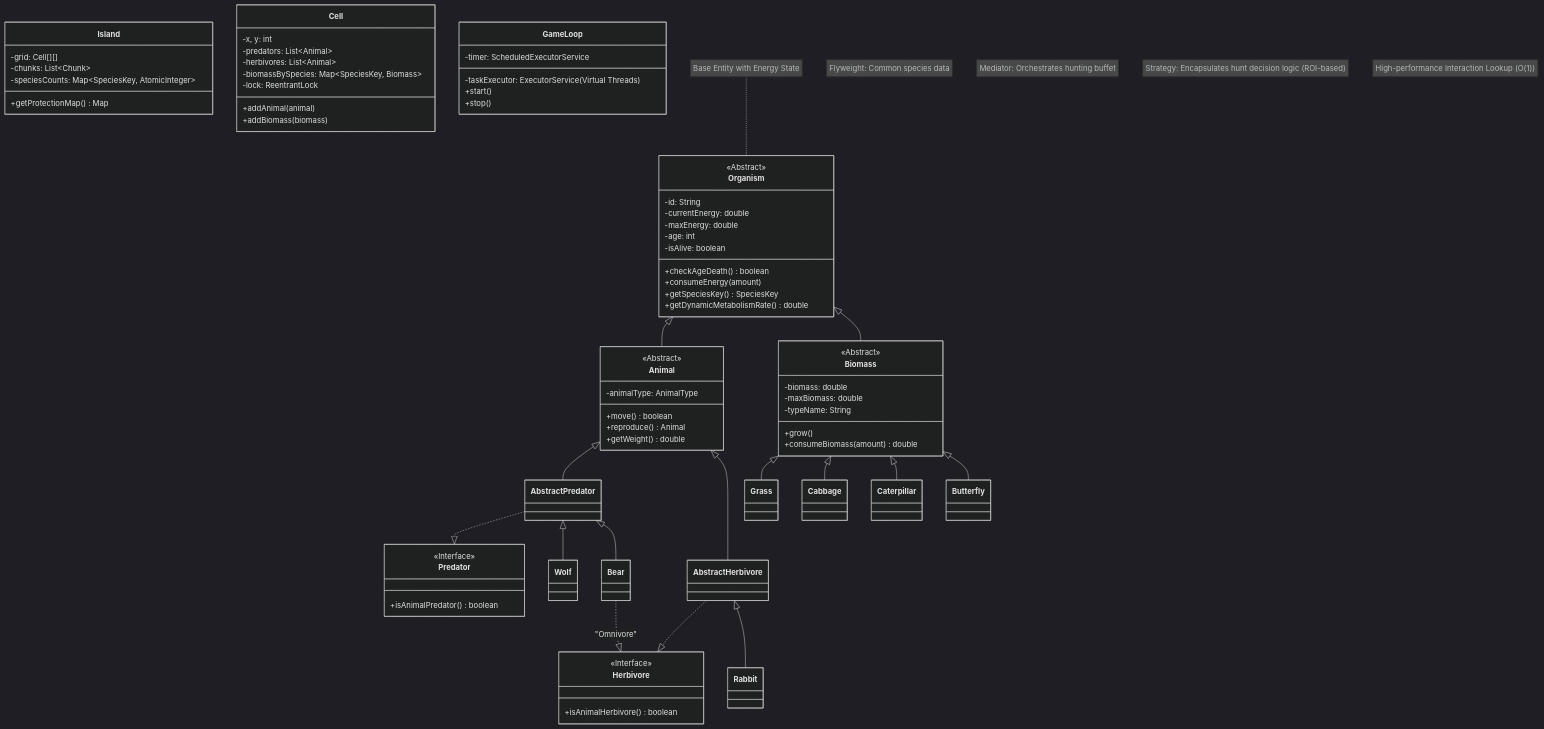
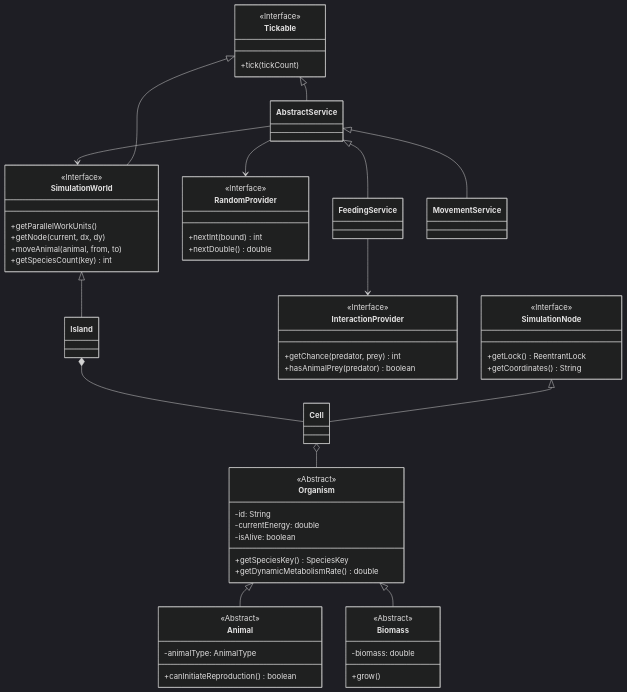
Before and after one commit to ursusandwolf/alex.kov.island: the diagram in UML.md, drawn with Mermaid (dark theme). The commit also changed other lines of this file and 17 other files, not shown here.

First line of the commit message:
refactor: implement modular Engine-First architecture and decoupling

````diff
--- a/UML.md
+++ b/UML.md
@@ -5,15 +5,43 @@
 ```mermaid
 classDiagram
-    %% Core Abstractions
+    %% Core Engine Interfaces
+    class Tickable {
+        <<Interface>>
+        +tick(tickCount)
+    }
+
+    class SimulationWorld {
+        <<Interface>>
+        +getParallelWorkUnits()
+        +getNode(current, dx, dy)
+        +moveAnimal(animal, from, to)
+        +getSpeciesCount(key) int
+    }
+
+    class SimulationNode {
+        <<Interface>>
+        +getLock() ReentrantLock
+        +getCoordinates() String
+    }
+
+    class InteractionProvider {
+        <<Interface>>
+        +getChance(predator, prey) int
+        +hasAnimalPrey(predator) boolean
+    }
+
+    class RandomProvider {
+        <<Interface>>
+        +nextInt(bound) int
+        +nextDouble() double
+    }
+
+    %% Domain Objects
     class Organism {
         <<Abstract>>
         -id: String
         -currentEnergy: double
-        -maxEnergy: double
-        -age: int
         -isAlive: boolean
-        +checkAgeDeath() boolean
-        +consumeEnergy(amount)
         +getSpeciesKey() SpeciesKey
         +getDynamicMetabolismRate() double
     }
@@ -21,79 +49,31 @@
     class Animal {
         <<Abstract>>
         -animalType: AnimalType
-        +move() boolean
-        +reproduce() Animal
-        +getWeight() double
+        +canInitiateReproduction() boolean
     }
 
     class Biomass {
         <<Abstract>>
         -biomass: double
-        -maxBiomass: double
-        -typeName: String
         +grow()
-        +consumeBiomass(amount) double
     }
 
-    %% Hierarchy and Interfaces
-    class Predator {
-        <<Interface>>
-        +isAnimalPredator() boolean
-    }
-    class Herbivore {
-        <<Interface>>
-        +isAnimalHerbivore() boolean
-    }
-
+    %% Relationships
+    Tickable <|-- SimulationWorld
+    SimulationWorld <|-- Island
+    SimulationNode <|-- Cell
+    
+    Tickable <|-- AbstractService
+    AbstractService <|-- FeedingService
+    AbstractService <|-- MovementService
+    
     Organism <|-- Animal
     Organism <|-- Biomass
     
-    Animal <|-- AbstractPredator
-    Animal <|-- AbstractHerbivore
+    Island *-- Cell
+    Cell o-- Organism
     
-    AbstractPredator ..|> Predator
-    AbstractHerbivore ..|> Herbivore
-    
-    AbstractPredator <|-- Wolf
-    AbstractPredator <|-- Bear
-    Bear ..|> Herbivore : "Omnivore"
-    
-    AbstractHerbivore <|-- Rabbit
-
-    Biomass <|-- Grass
-    Biomass <|-- Cabbage
-    Biomass <|-- Caterpillar
-    Biomass <|-- Butterfly
-
-    %% Model and Engine
-    class Island {
-        -grid: Cell[][]
-        -chunks: List~Chunk~
-        -speciesCounts: Map~SpeciesKey, AtomicInteger~
-        +getProtectionMap() Map
-    }
-
-    class Cell {
-        -x, y: int
-        -predators: List~Animal~
-        -herbivores: List~Animal~
-        -biomassBySpecies: Map~SpeciesKey, Biomass~
-        -lock: ReentrantLock
-        +addAnimal(animal)
-        +addBiomass(biomass)
-    }
-
-    class GameLoop {
-        -taskExecutor: ExecutorService (Virtual Threads)
-        -timer: ScheduledExecutorService
-        +start()
-        +stop()
-    }
-
-    %% Design Patterns
-    note for Organism "Base Entity with Energy State"
-    note for AnimalType "Flyweight: Common species data"
-    note for PreyProvider "Mediator: Orchestrates hunting buffet"
-    note for HuntingStrategy "Strategy: Encapsulates hunt decision logic (ROI-based)"
-    note for InteractionMatrix "High-performance Interaction Lookup (O(1))"
+    FeedingService --> InteractionProvider
+    AbstractService --> SimulationWorld
+    AbstractService --> RandomProvider
 ```
````
